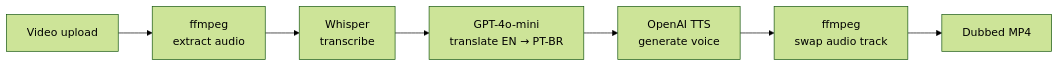
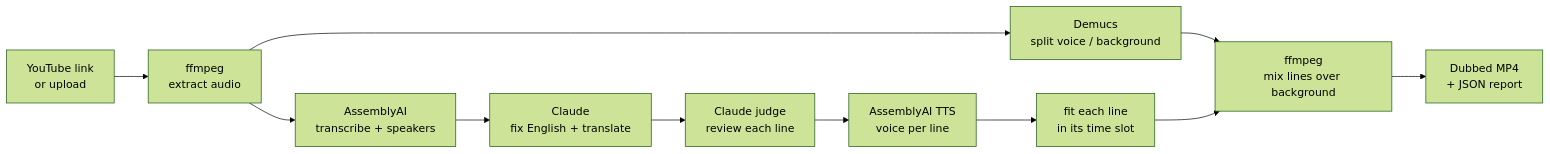
One commit to gustavokurtz/dubla changed the diagram in README.md. Above: the diagram before and after it, drawn with Mermaid (forest theme). The commit also changed other lines of this file and 3 other files, not shown here.

First line of the commit message:
docs: rewrite readme for the per-line dubbing pipeline

````diff
--- a/README.md
+++ b/README.md
@@ -9,9 +9,13 @@
 ```mermaid
 flowchart LR
-    A[Video upload] --> B[ffmpeg<br/>extract audio]
-    B --> C[Whisper<br/>transcribe]
-    C --> D[GPT-4o-mini<br/>translate EN → PT-BR]
-    D --> E[OpenAI TTS<br/>generate voice]
-    E --> F[ffmpeg<br/>swap audio track]
-    F --> G[Dubbed MP4]
+    A[YouTube link<br/>or upload] --> B[ffmpeg<br/>extract audio]
+    B --> C[Demucs<br/>split voice / background]
+    B --> D[AssemblyAI<br/>transcribe + speakers]
+    D --> E[Claude<br/>fix English + translate]
+    E --> F[Claude judge<br/>review each line]
+    F --> G[AssemblyAI TTS<br/>voice per line]
+    G --> H[fit each line<br/>in its time slot]
+    C --> I[ffmpeg<br/>mix lines over background]
+    H --> I
+    I --> J[Dubbed MP4<br/>+ JSON report]
 ```
````
